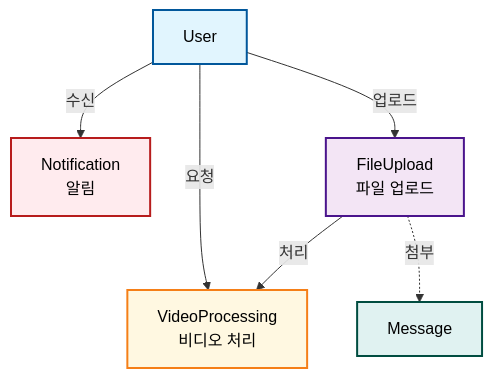
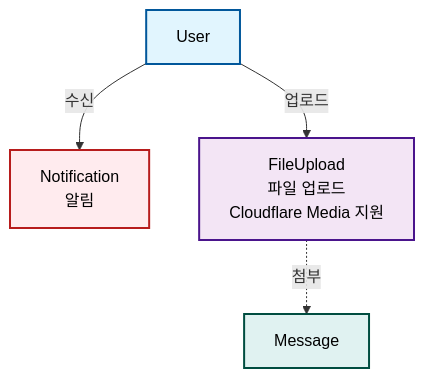
The sixth of 6 diagrams in .md/entity-relationship-diagram.md (maximizest/connecto-nest), drawn with Mermaid before and after one commit. The commit also changed other lines of this file, not shown here.

Commit message:
파일 업로드 엔티티 및 문서 업데이트: VideoProcessing 관련 필드를 제거하고, FileUpload 엔티티에 Cloudflare Media 지원을 추가하여 미디어 처리 방식을 개선함. Cloudflare Media 통합에 대한 내용을 문서에 반영하여 가독성을 높임.

````diff
--- a/.md/entity-relationship-diagram.md
+++ b/.md/entity-relationship-diagram.md
@@ -127,20 +122,16 @@
 ```mermaid
 graph TB
     User[User]
     Notification[Notification<br/>알림]
-    FileUpload[FileUpload<br/>파일 업로드]
-    VideoProcessing[VideoProcessing<br/>비디오 처리]
+    FileUpload[FileUpload<br/>파일 업로드<br/>Cloudflare Media 지원]
     Message[Message]
     
     User -->|수신| Notification
     User -->|업로드| FileUpload
-    User -->|요청| VideoProcessing
-    FileUpload -->|처리| VideoProcessing
     FileUpload -.->|첨부| Message
     
     style User fill:#e1f5fe,stroke:#01579b,stroke-width:2px,color:#000
     style Notification fill:#ffebee,stroke:#b71c1c,stroke-width:2px,color:#000
     style FileUpload fill:#f3e5f5,stroke:#4a148c,stroke-width:2px,color:#000
-    style VideoProcessing fill:#fff8e1,stroke:#f57f17,stroke-width:2px,color:#000
     style Message fill:#e0f2f1,stroke:#004d40,stroke-width:2px,color:#000
 ```
````
